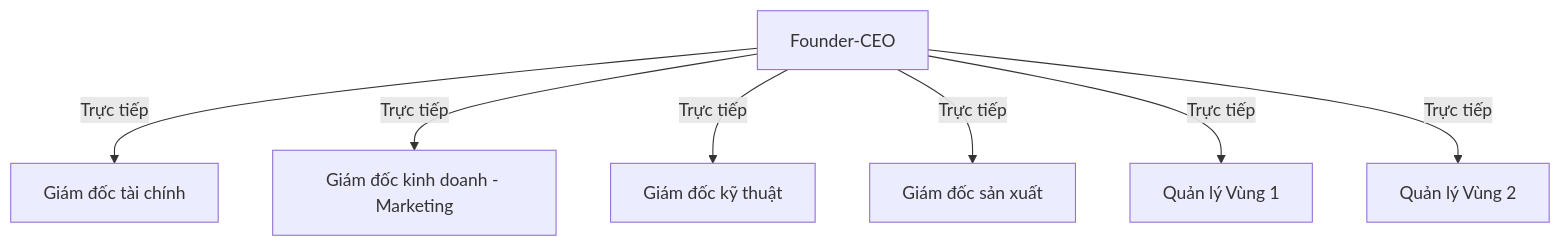
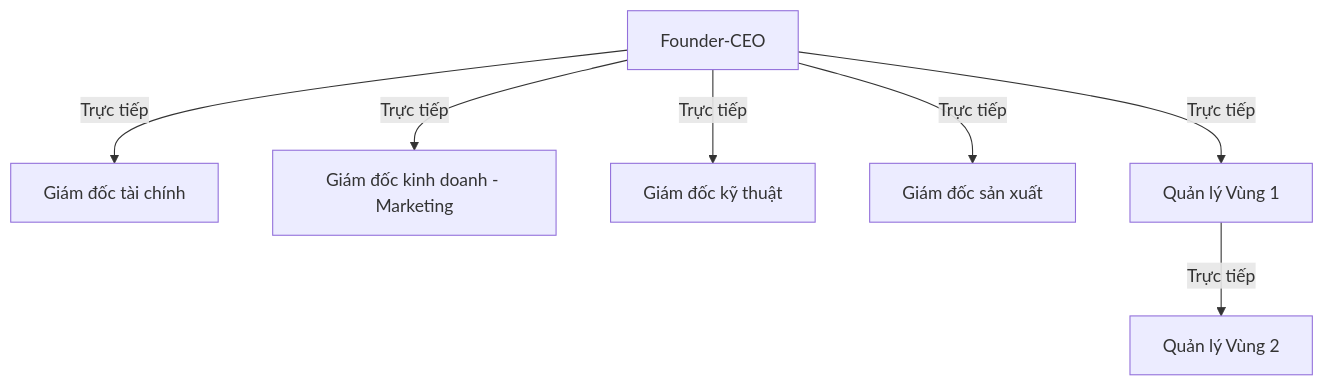
One commit to trethanhphat/gioi-thieu changed the diagram in organizational-chart.md. Above: the diagram before and after it, drawn with Mermaid.

````diff
--- a/organizational-chart.md
+++ b/organizational-chart.md
@@ -3,12 +3,12 @@
 ```mermaid
 flowchart TD
 A["Founder-CEO"] --> |"Trực tiếp"| B["Giám đốc tài chính"]
 A --> |"Trực tiếp"| C["Giám đốc kinh doanh - Marketing"]
 A --> |"Trực tiếp"| D["Giám đốc kỹ thuật"]
 A --> |"Trực tiếp"| E["Giám đốc sản xuất"]
 A --> |"Trực tiếp"| F["Quản lý Vùng 1"]
-A --> |"Trực tiếp"| G["Quản lý Vùng 2"]
+ --> |"Trực tiếp"| G["Quản lý Vùng 2"]
 
 
 
 ```
````
